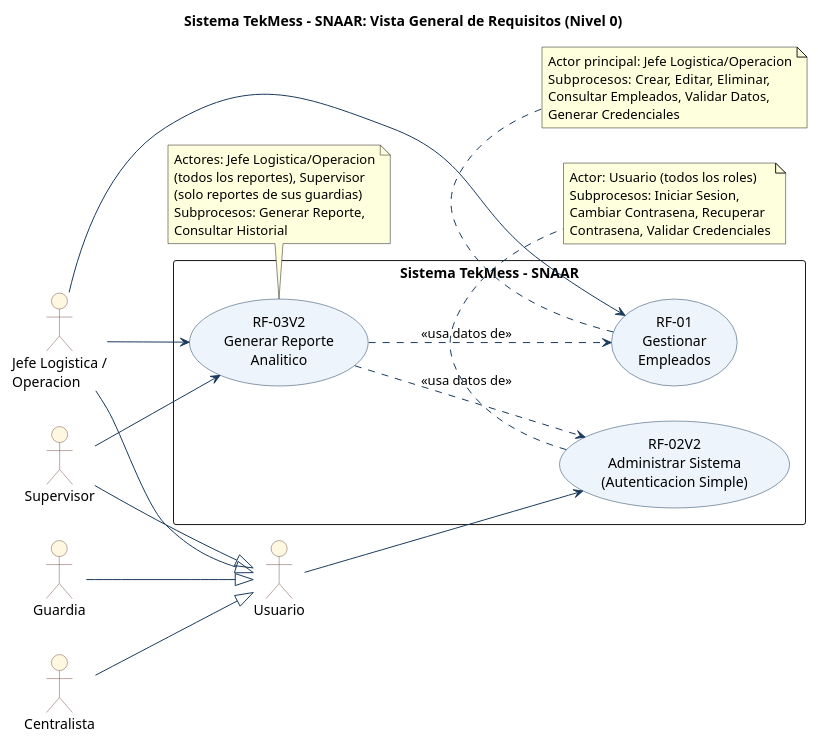
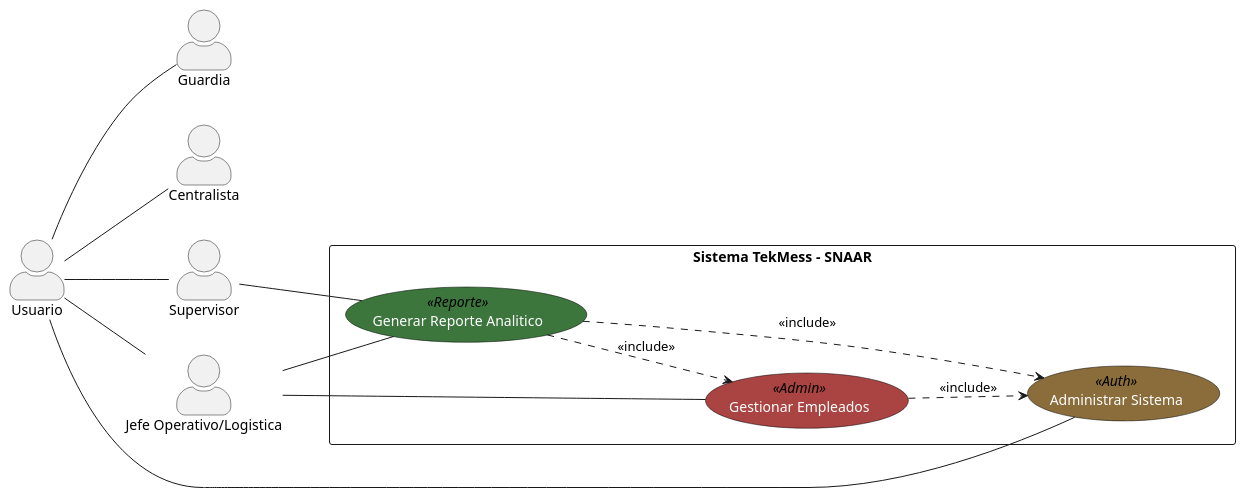
Before and after one commit to Dval05/AndradeDanna_30723_G6_ADSW: the diagram in Parcial 1/Diagramas_Requisitos/00_Vista_General/Diagrama_N0_General.puml, drawn with PlantUML. The commit also changed 18 other files, not shown here.

```diff
--- a/Parcial 1/Diagramas_Requisitos/00_Vista_General/Diagrama_N0_General.puml
+++ b/Parcial 1/Diagramas_Requisitos/00_Vista_General/Diagrama_N0_General.puml
@@ -1,66 +1,46 @@
-@startuml
-title Sistema TekMess - SNAAR: Vista General de Requisitos (Nivel 0)
+@startuml DiagramaN0General
 
+skinparam actorStyle awesome
 left to right direction
-skinparam packageStyle rectangle
-skinparam shadowing false
+
+skinparam DefaultFontColor black
+skinparam BackgroundColor white
+
 skinparam usecase {
-  BackgroundColor #EEF4FB
-  BorderColor #1A3A5C
-  ArrowColor #1A3A5C
-}
-skinparam actor {
-  BackgroundColor #FFF8E1
-  BorderColor #795548
+    BackgroundColor<<Admin>>    #A94442
+    BackgroundColor<<Auth>>     #8A6D3B
+    BackgroundColor<<Reporte>>  #3C763D
+    BorderColor black
+    FontColor white
 }
 
-actor "Jefe Logistica /\nOperacion" as Jefe
-actor "Supervisor"                  as Sup
-actor "Guardia"                     as Guardia
-actor "Centralista"                 as Central
-actor "Usuario"                     as Usuario
+actor Usuario
+actor Guardia
+actor Centralista
+actor Supervisor
+actor "Jefe Operativo/Logistica" as Jefe
 
-Jefe    --|> Usuario
-Sup     --|> Usuario
-Guardia --|> Usuario
-Central --|> Usuario
+Usuario--Guardia
+Usuario--Centralista
+Usuario--Supervisor
+Usuario--Jefe
 
-rectangle "Sistema TekMess - SNAAR" {
+rectangle "Sistema TekMess - SNAAR" #White {
 
-  usecase "RF-01\nGestionar\nEmpleados"           as RF1
-  usecase "RF-02V2\nAdministrar Sistema\n(Autenticacion Simple)" as RF2
-  usecase "RF-03V2\nGenerar Reporte\nAnalitico"   as RF3
+    usecase "Gestionar Empleados"        as RF1 <<Admin>>
+    usecase "Administrar Sistema"        as RF2 <<Auth>>
+    usecase "Generar Reporte Analitico"  as RF3 <<Reporte>>
 
 }
 
-Jefe    --> RF1
-Jefe    --> RF3
-Sup     --> RF3
-Usuario --> RF2
+Jefe--RF1
+Usuario--RF2
+Jefe--RF3
+Supervisor--RF3
 
-RF3 ..> RF1 : <<usa datos de>>
-RF3 ..> RF2 : <<usa datos de>>
+RF1 ..> RF2 : <<include>>
+RF3 ..> RF1 : <<include>>
+RF3 ..> RF2 : <<include>>
 
-note bottom of RF1
-  Actor principal: Jefe Logistica/Operacion
-  Subprocesos: Crear, Editar, Eliminar,
-  Consultar Empleados, Validar Datos,
-  Generar Credenciales
-end note
-
-note bottom of RF2
-  Actor: Usuario (todos los roles)
-  Subprocesos: Iniciar Sesion,
-  Cambiar Contrasena, Recuperar
-  Contrasena, Validar Credenciales
-end note
-
-note bottom of RF3
-  Actores: Jefe Logistica/Operacion
-  (todos los reportes), Supervisor
-  (solo reportes de sus guardias)
-  Subprocesos: Generar Reporte,
-  Consultar Historial
-end note
-
+'Elaborado Grupo 6 - ADSW ESPE - 2026
 @enduml
```
